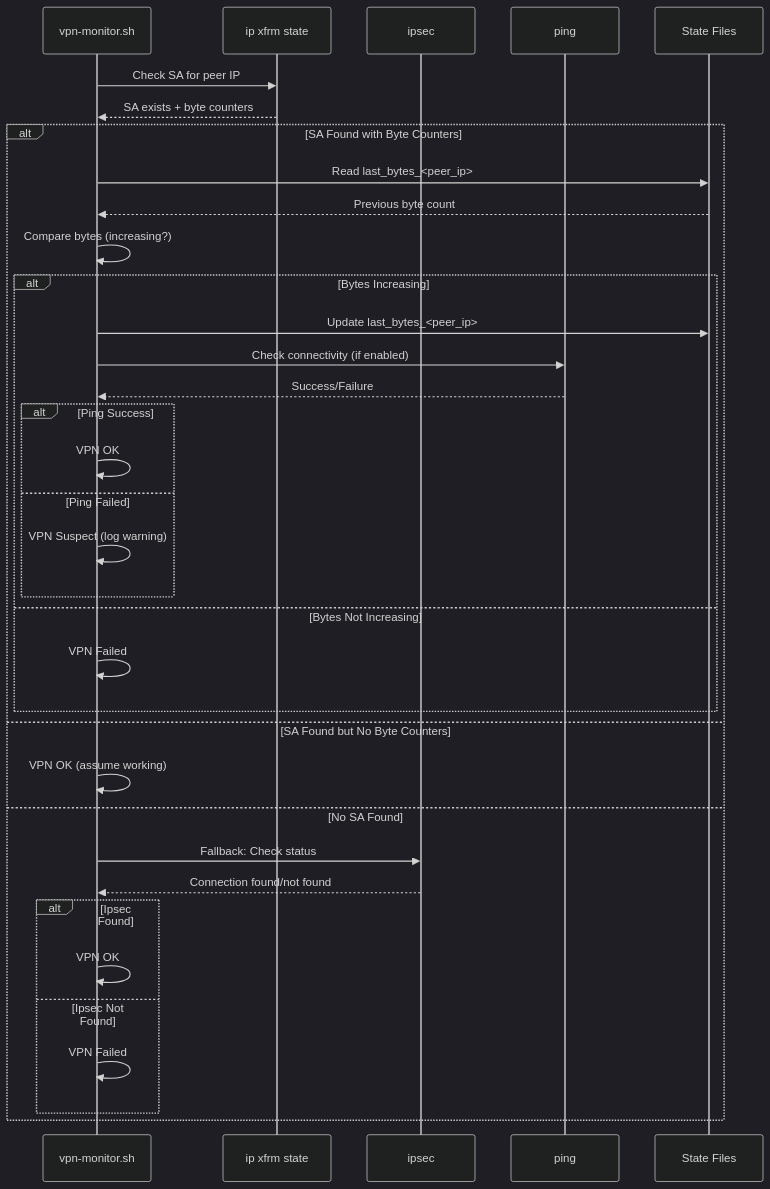
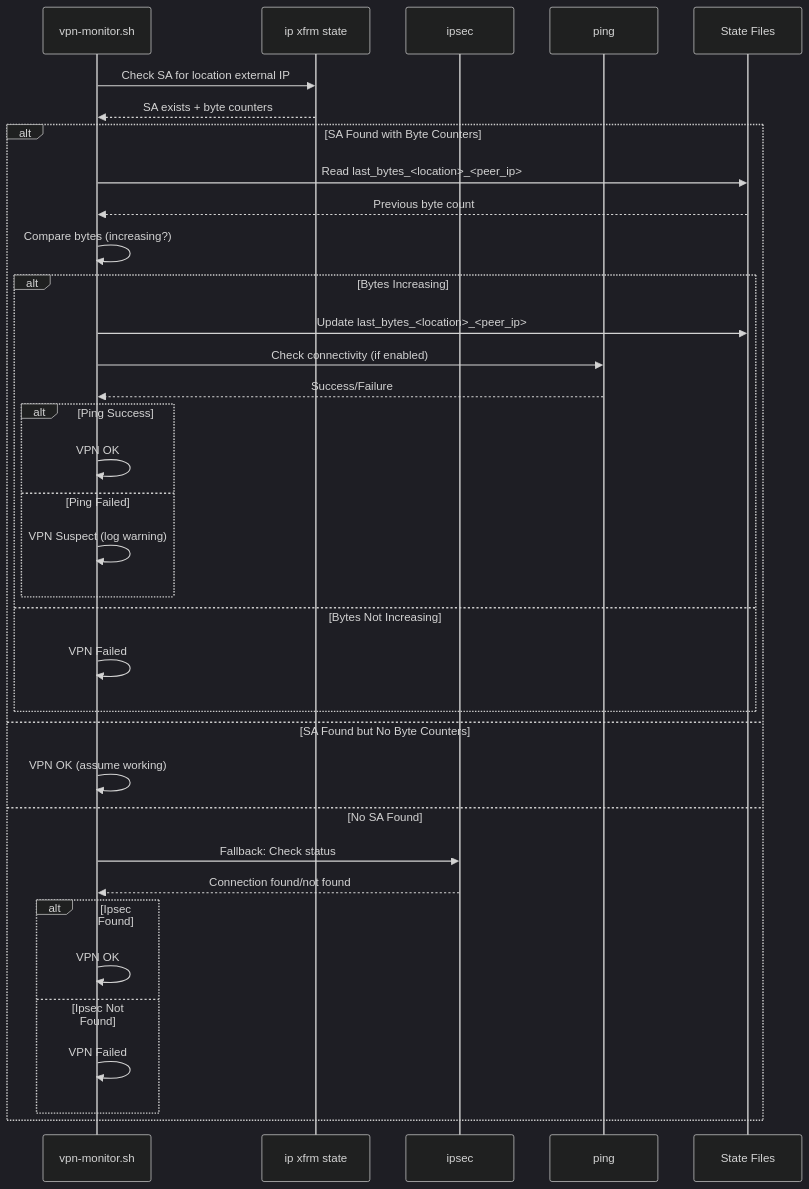
The third of 6 diagrams in docs/ARCHITECTURE.md (Eccentric-Quality-Solutions/udm-vpn-monitor), drawn with Mermaid (dark theme) before and after one commit. The commit also changed other lines of this file and 135 other files, not shown here.

````diff
--- a/docs/ARCHITECTURE.md
+++ b/docs/ARCHITECTURE.md
@@ -225,40 +252,40 @@
 ```mermaid
 sequenceDiagram
     participant Script as vpn-monitor.sh
     participant Xfrm as ip xfrm state
     participant Ipsec as ipsec
     participant Ping as ping
     participant State as State Files
     
-    Script->>Xfrm: Check SA for peer IP
+    Script->>Xfrm: Check SA for location external IP
     Xfrm-->>Script: SA exists + byte counters
     
     alt SA Found with Byte Counters
-        Script->>State: Read last_bytes_<peer_ip>
+        Script->>State: Read last_bytes_<location>_<peer_ip>
         State-->>Script: Previous byte count
         Script->>Script: Compare bytes (increasing?)
         
         alt Bytes Increasing
-            Script->>State: Update last_bytes_<peer_ip>
+            Script->>State: Update last_bytes_<location>_<peer_ip>
             Script->>Ping: Check connectivity (if enabled)
             Ping-->>Script: Success/Failure
             alt Ping Success
                 Script->>Script: VPN OK
             else Ping Failed
                 Script->>Script: VPN Suspect (log warning)
             end
         else Bytes Not Increasing
             Script->>Script: VPN Failed
         end
     else SA Found but No Byte Counters
         Script->>Script: VPN OK (assume working)
     else No SA Found
         Script->>Ipsec: Fallback: Check status
         Ipsec-->>Script: Connection found/not found
         alt Ipsec Found
             Script->>Script: VPN OK
         else Ipsec Not Found
             Script->>Script: VPN Failed
         end
     end
 ```
````
